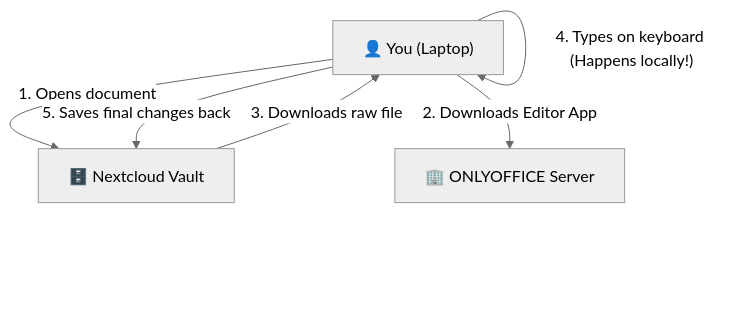
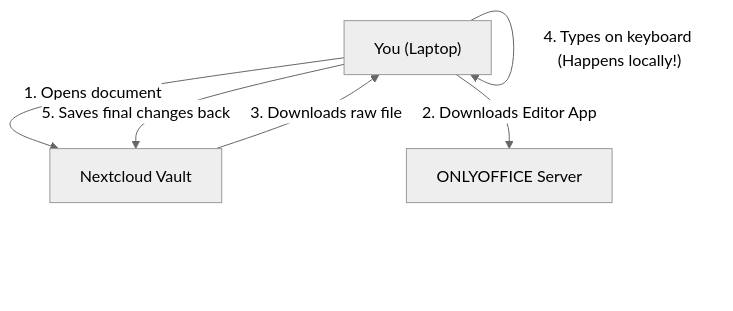
One commit to PorKeat/office_docs changed the second of 2 diagrams in Guides/setup_onlyoffice.md. Above: the diagram before and after it, drawn with Mermaid. The commit also changed 6 other files, not shown here.

````diff
--- a/Guides/setup_onlyoffice.md
+++ b/Guides/setup_onlyoffice.md
@@ -27,9 +27,9 @@
 ```mermaid
 %%{init: {'theme': 'neutral', 'themeVariables': { 'background': 'transparent' }}}%%
 flowchart TD
-    User["👤 You (Laptop)"] -->|"1. Opens document"| Storage["🗄️ Nextcloud Vault"]
-    User -->|"2. Downloads Editor App"| Server["🏢 ONLYOFFICE Server"]
+    User["You (Laptop)"] -->|"1. Opens document"| Storage["Nextcloud Vault"]
+    User -->|"2. Downloads Editor App"| Server["ONLYOFFICE Server"]
     Storage -->|"3. Downloads raw file"| User
     User -->|"4. Types on keyboard (Happens locally!)"| User
     User -->|"5. Saves final changes back"| Storage
 ```
````
